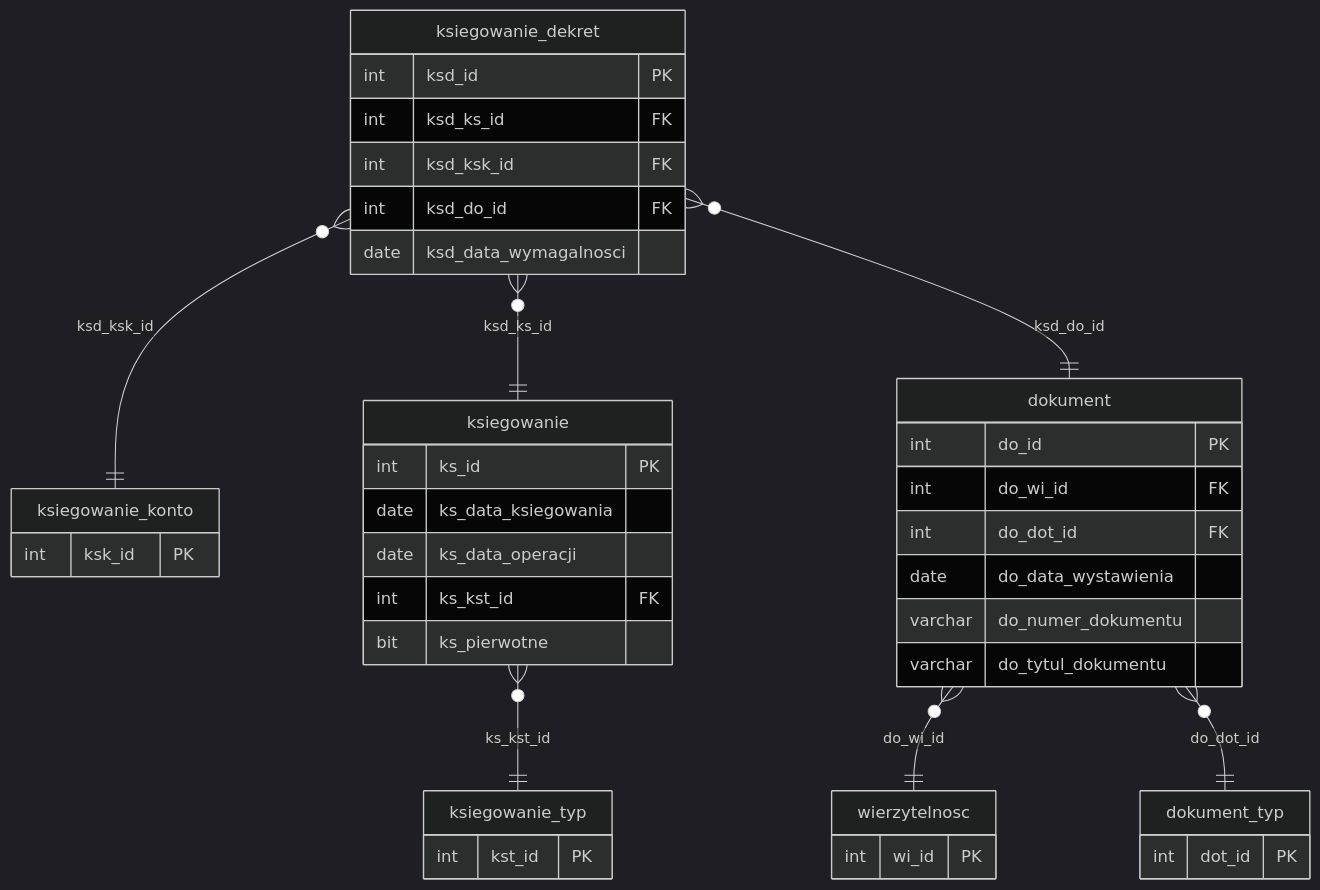
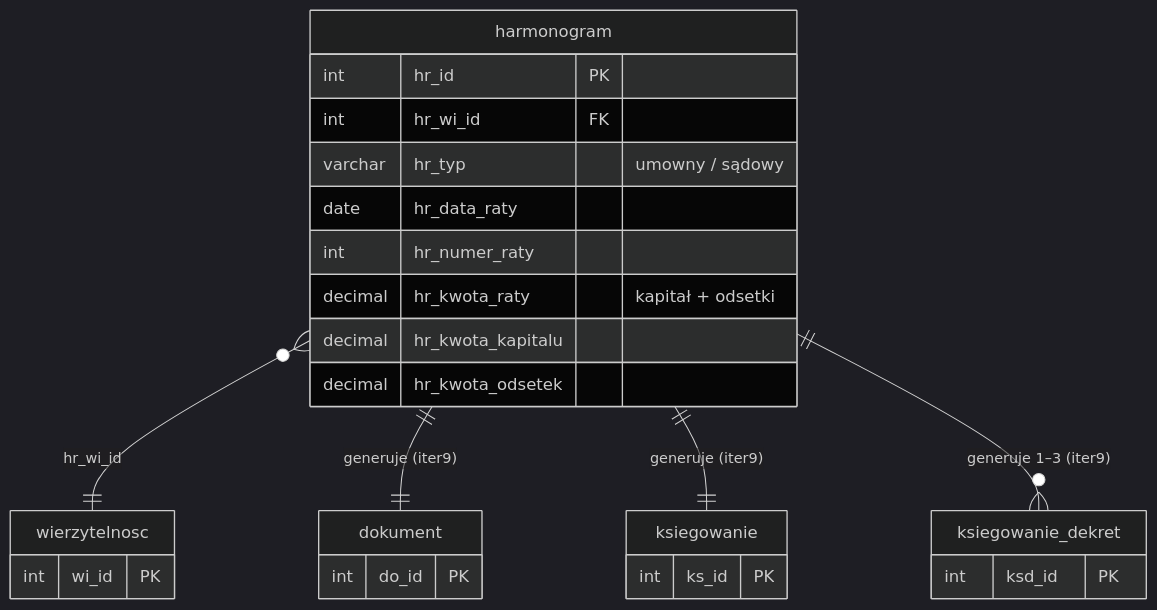
One commit to oskar-bialek-bakk/intrum-migration-docs changed the diagram in docs/struktura-stagingu/harmonogram.md. Above: the diagram before and after it, drawn with Mermaid (dark theme). The commit also changed other lines of this file and 6 other files, not shown here.

````diff
--- a/docs/struktura-stagingu/harmonogram.md
+++ b/docs/struktura-stagingu/harmonogram.md
@@ -22,50 +22,34 @@
 ```mermaid
 erDiagram
-    dokument_typ {
-        int     dot_id    PK
-    }
-
-    ksiegowanie_typ {
-        int     kst_id    PK
-    }
-
-    ksiegowanie_konto {
-        int     ksk_id    PK
-    }
-
     wierzytelnosc {
         int     wi_id     PK
     }
 
     dokument {
-        int      do_id                 PK
-        int      do_wi_id              FK
-        int      do_dot_id             FK
-        date     do_data_wystawienia
-        varchar  do_numer_dokumentu
-        varchar  do_tytul_dokumentu
+        int     do_id     PK
     }
 
     ksiegowanie {
-        int      ks_id                      PK
-        date     ks_data_ksiegowania
-        date     ks_data_operacji
-        int      ks_kst_id                  FK
-        bit      ks_pierwotne
+        int     ks_id     PK
     }
 
     ksiegowanie_dekret {
-        int      ksd_id                   PK
-        int      ksd_ks_id                FK
-        int      ksd_ksk_id               FK
-        int      ksd_do_id                FK
-        date     ksd_data_wymagalnosci
+        int     ksd_id    PK
     }
 
-    dokument            }o--||  wierzytelnosc       : "do_wi_id"
-    dokument            }o--||  dokument_typ        : "do_dot_id"
-    ksiegowanie         }o--||  ksiegowanie_typ     : "ks_kst_id"
-    ksiegowanie_dekret  }o--||  ksiegowanie         : "ksd_ks_id"
-    ksiegowanie_dekret  }o--||  ksiegowanie_konto   : "ksd_ksk_id"
-    ksiegowanie_dekret  }o--||  dokument            : "ksd_do_id"
+    harmonogram {
+        int      hr_id              PK
+        int      hr_wi_id           FK
+        varchar  hr_typ                    "umowny / sądowy"
+        date     hr_data_raty
+        int      hr_numer_raty
+        decimal  hr_kwota_raty             "kapitał + odsetki"
+        decimal  hr_kwota_kapitalu
+        decimal  hr_kwota_odsetek
+    }
+
+    harmonogram }o--||  wierzytelnosc       : "hr_wi_id"
+    harmonogram ||--||  dokument            : "generuje (iter9)"
+    harmonogram ||--||  ksiegowanie         : "generuje (iter9)"
+    harmonogram ||--o{  ksiegowanie_dekret  : "generuje 1–3 (iter9)"
 ```
````
